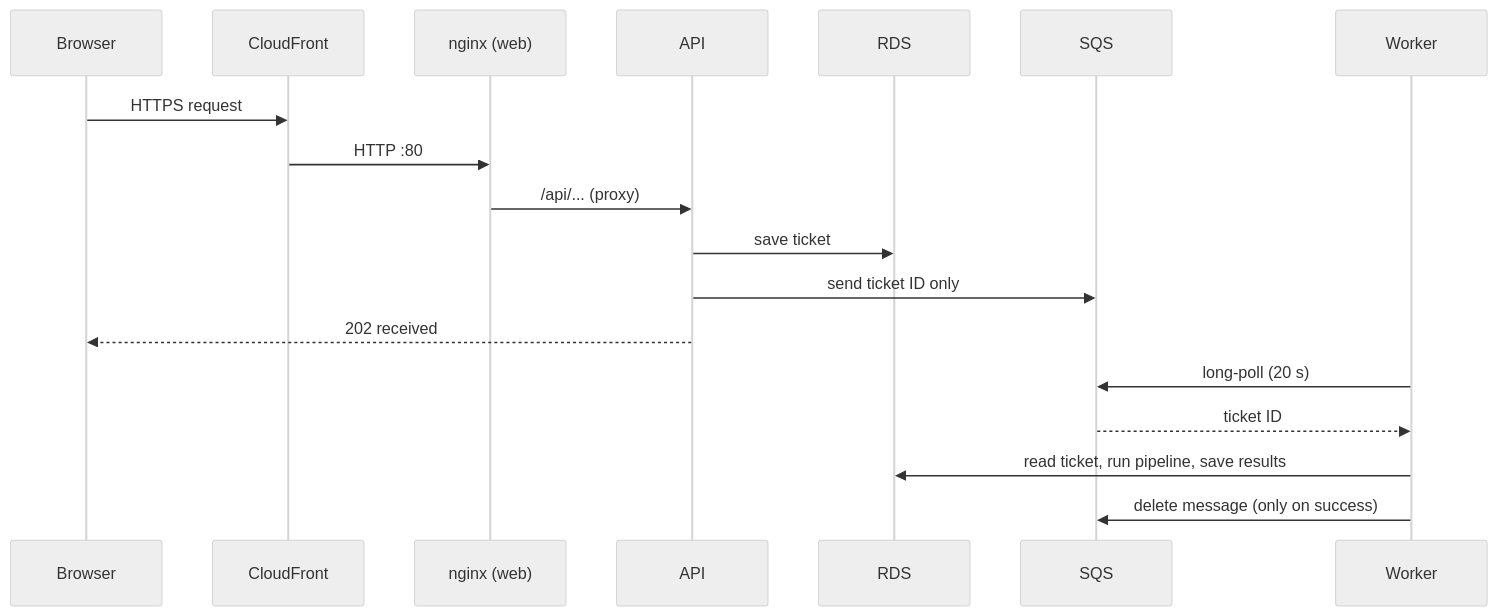
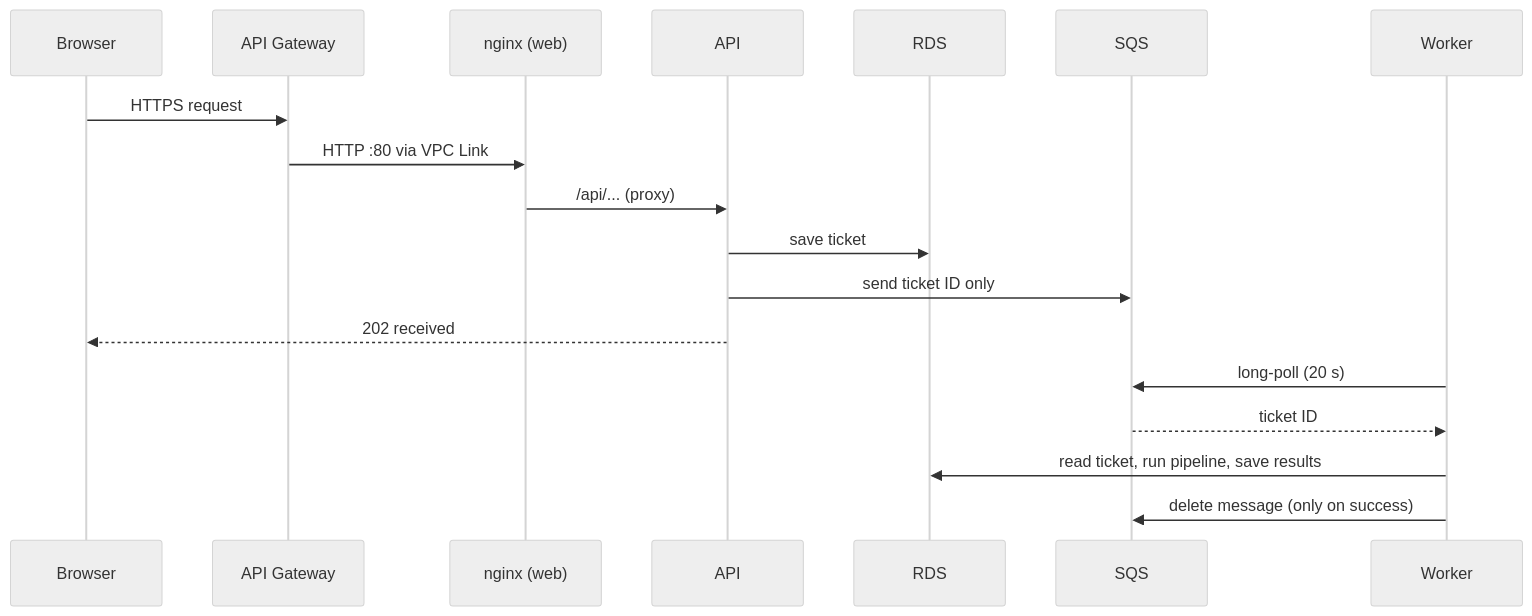
Before and after one commit to aarushisinghalfde/paynest: the third of 5 diagrams in docs/architecture.md, drawn with Mermaid (neutral theme). The commit also changed other lines of this file and 9 other files, not shown here.

Commit message:
Adding api gateway

````diff
--- a/docs/architecture.md
+++ b/docs/architecture.md
@@ -124,20 +128,20 @@
 ```mermaid
 sequenceDiagram
   participant B as Browser
-  participant CF as CloudFront
+  participant CF as API Gateway
   participant W as nginx (web)
   participant A as API
   participant DB as RDS
   participant Q as SQS
   participant K as Worker
   B->>CF: HTTPS request
-  CF->>W: HTTP :80
+  CF->>W: HTTP :80 via VPC Link
   W->>A: /api/... (proxy)
   A->>DB: save ticket
   A->>Q: send ticket ID only
   A-->>B: 202 received
   K->>Q: long-poll (20 s)
   Q-->>K: ticket ID
   K->>DB: read ticket, run pipeline, save results
   K->>Q: delete message (only on success)
 ```
````
